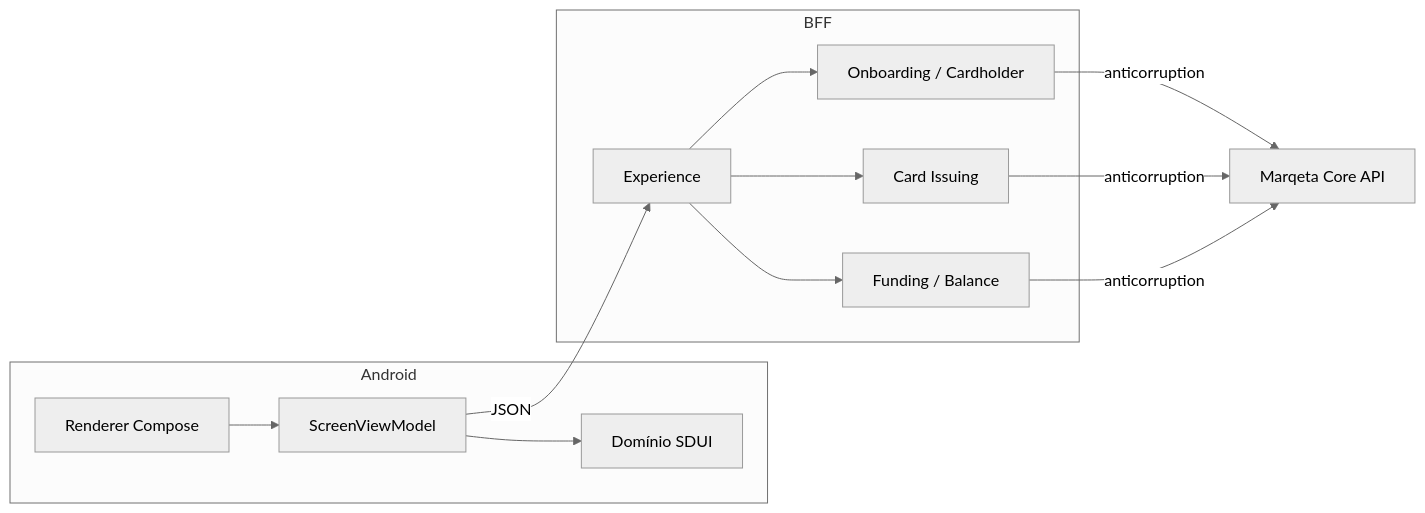
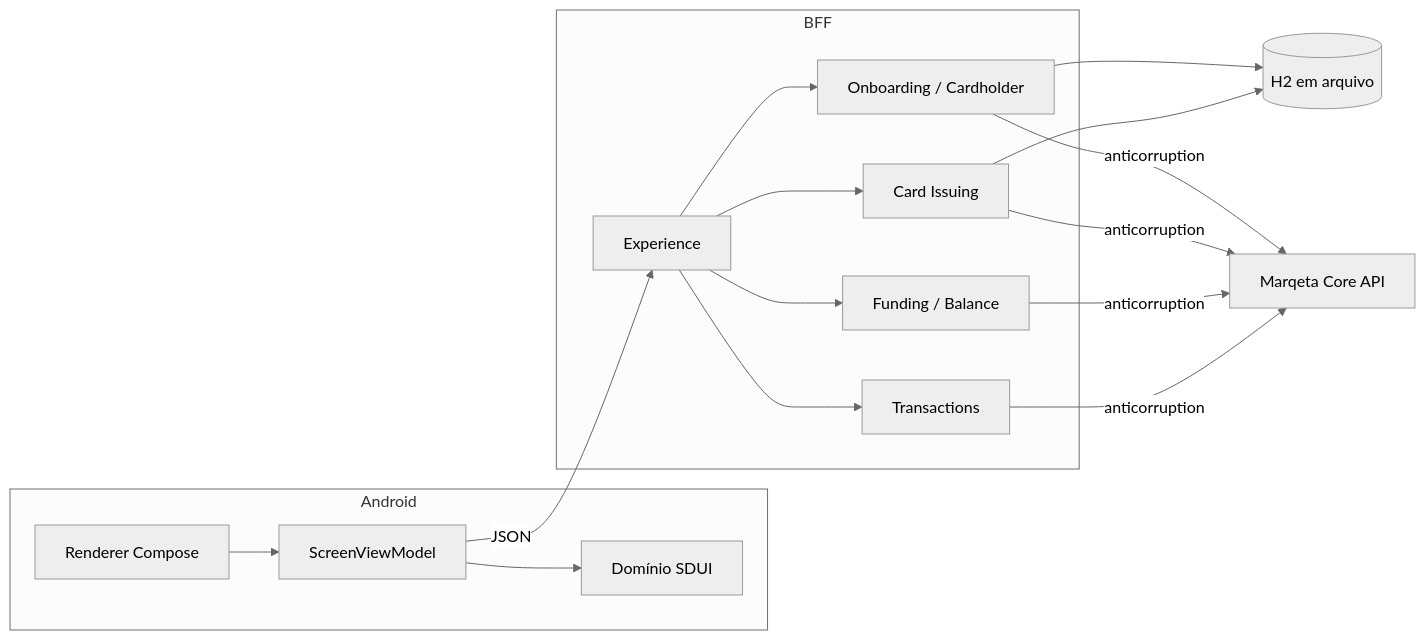
Before and after one commit to rsl50/sproutify-mobile-mqta: the first of 2 diagrams in README.md, drawn with Mermaid (neutral theme). The commit also changed other lines of this file, not shown here.

````diff
--- a/README.md
+++ b/README.md
@@ -22,23 +25,29 @@
 ```mermaid
 flowchart LR
   subgraph app [Android]
     UI[Renderer Compose]
     VM[ScreenViewModel]
     SDUI[Domínio SDUI]
     UI --> VM --> SDUI
   end
   subgraph bff [BFF]
     EXP[Experience]
     ONB[Onboarding / Cardholder]
     ISS[Card Issuing]
     FUN[Funding / Balance]
+    TX[Transactions]
     EXP --> ONB
     EXP --> ISS
     EXP --> FUN
+    EXP --> TX
   end
   MQ[Marqeta Core API]
+  H2[(H2 em arquivo)]
   VM -->|JSON| EXP
+  ONB --> H2
+  ISS --> H2
   ONB -->|anticorruption| MQ
   ISS -->|anticorruption| MQ
   FUN -->|anticorruption| MQ
+  TX -->|anticorruption| MQ
 ```
````
